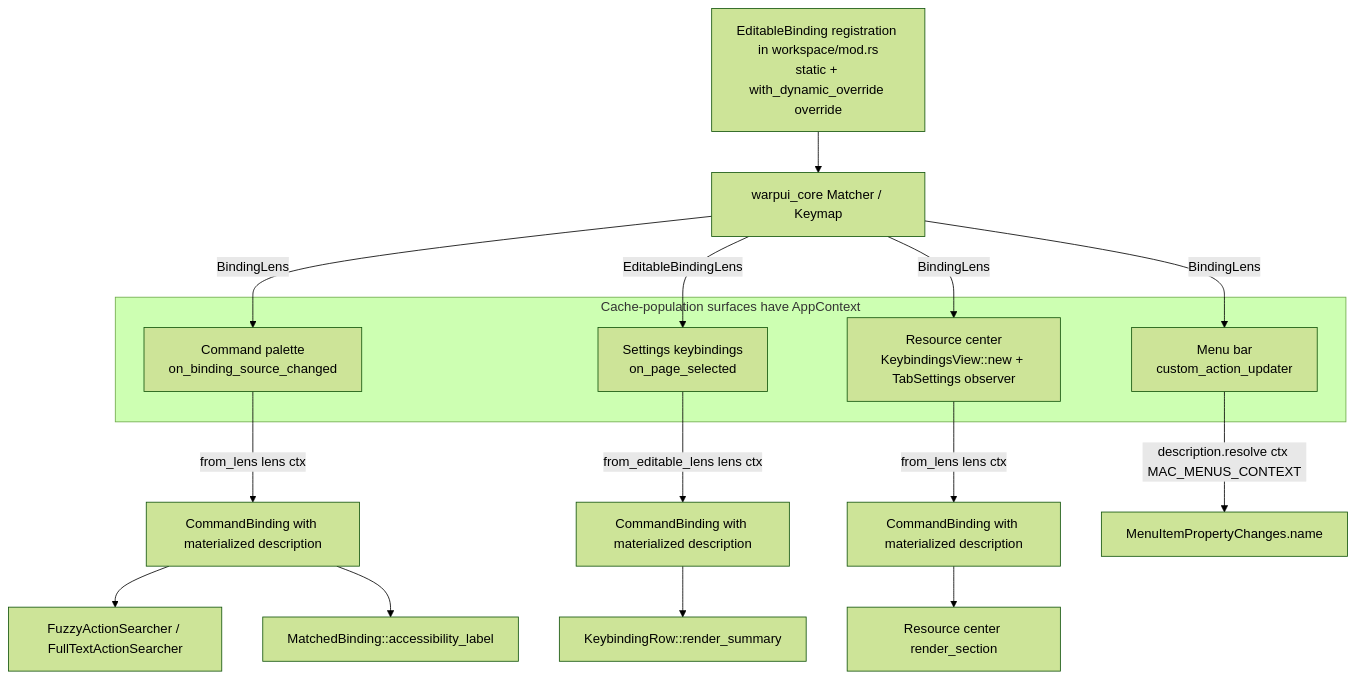
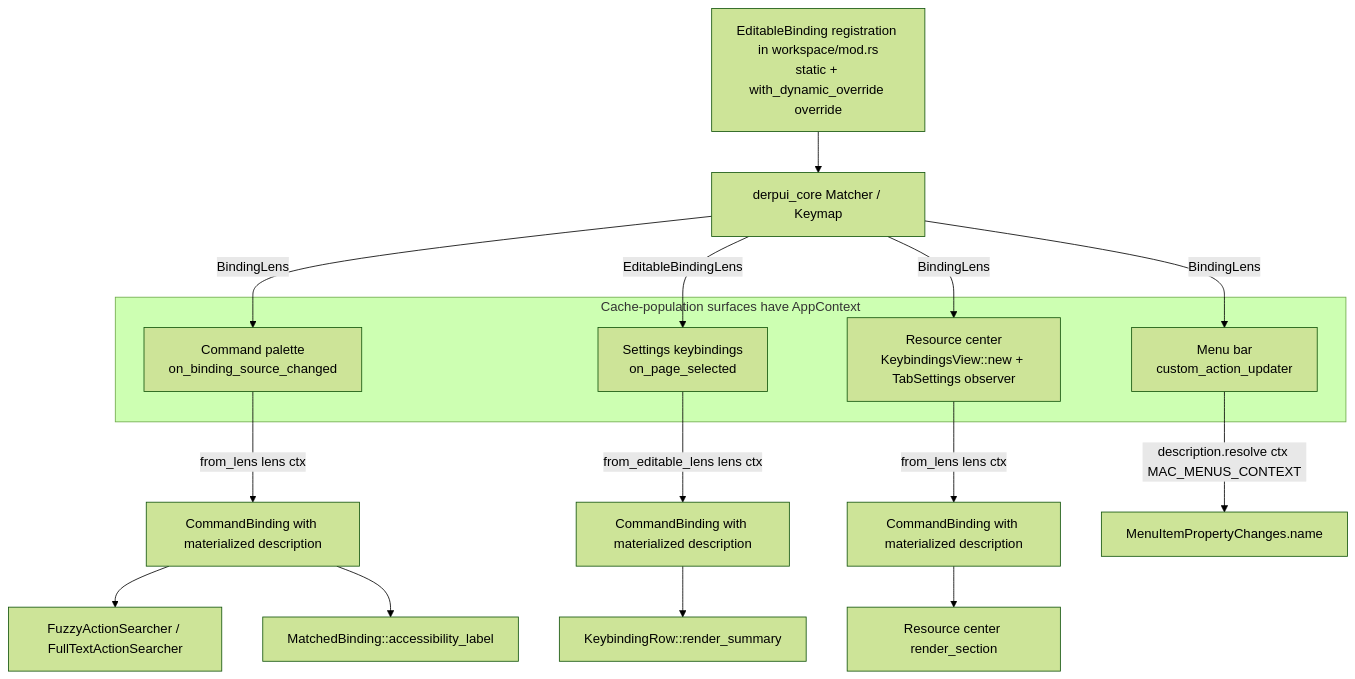
Before and after one commit to antikrust/krust-terminal: the diagram in specs/APP-3909/TECH.md, drawn with Mermaid (forest theme). The commit also changed other lines of this file and 9069 other files, not shown here.

````diff
--- a/specs/APP-3909/TECH.md
+++ b/specs/APP-3909/TECH.md
@@ -175,28 +175,28 @@
 ```mermaid
 flowchart TD
     R[EditableBinding registration in workspace/mod.rs<br/>static + with_dynamic_override override]
-    KM[warpui_core Matcher / Keymap]
+    KM[derpui_core Matcher / Keymap]
     R --> KM
 
     subgraph Cache-population surfaces have AppContext
         CP[Command palette<br/>on_binding_source_changed]
         SK[Settings keybindings<br/>on_page_selected]
         RC[Resource center<br/>KeybindingsView::new + TabSettings observer]
         MB[Menu bar<br/>custom_action_updater]
     end
 
     KM -->|BindingLens| CP
     KM -->|EditableBindingLens| SK
     KM -->|BindingLens| RC
     KM -->|BindingLens| MB
 
     CP -->|from_lens lens ctx| CB1[CommandBinding with materialized description]
     SK -->|from_editable_lens lens ctx| CB2[CommandBinding with materialized description]
     RC -->|from_lens lens ctx| CB3[CommandBinding with materialized description]
     MB -->|description.resolve ctx MAC_MENUS_CONTEXT| MN[MenuItemPropertyChanges.name]
 
     CB1 --> FZ[FuzzyActionSearcher / FullTextActionSearcher]
     CB1 --> AL[MatchedBinding::accessibility_label]
     CB2 --> KR[KeybindingRow::render_summary]
     CB3 --> RR[Resource center render_section]
 ```
````
